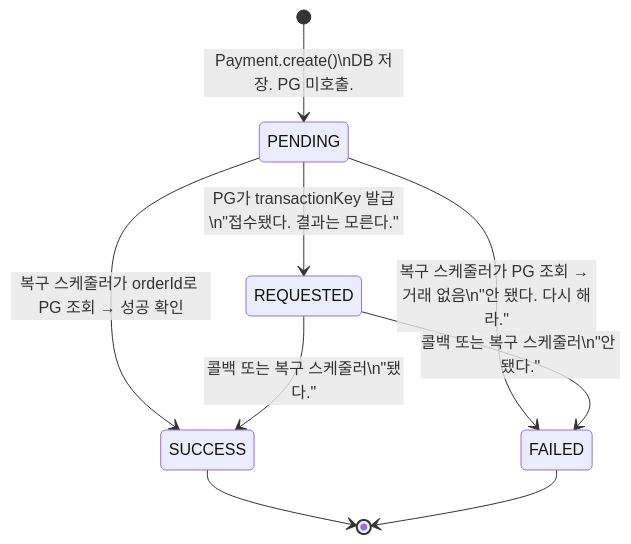
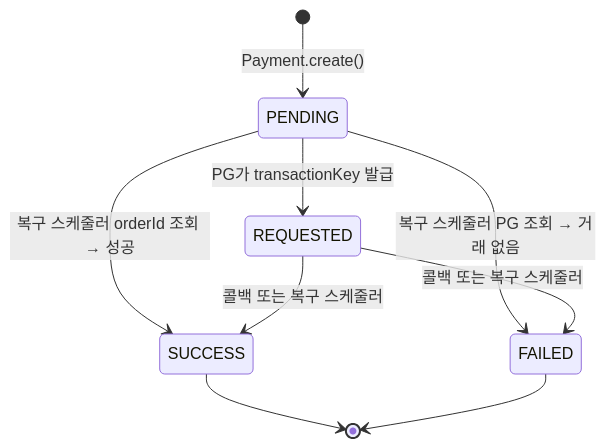
Before and after one commit to hyungkishin/hyungkishin.github.io: the tenth of 10 diagrams in contents/posts/roopers/technical-writing/round6/index.md, drawn with Mermaid. The commit also changed other lines of this file, not shown here.

Commit message:
fix: Round6 블로그 mermaid \n 깨짐 수정 및 내용 최신화
- stateDiagram-v2 transition label에서 \n 제거 (렌더링 깨짐)
- 서킷 분리(pgRequest/pgQuery), POST Retry 제거, CB 70% 반영
- AI 냄새나는 연결 문장 제거

````diff
--- a/contents/posts/roopers/technical-writing/round6/index.md
+++ b/contents/posts/roopers/technical-writing/round6/index.md
@@ -425,14 +420,14 @@
 ```mermaid
 stateDiagram-v2
-    [*] --> PENDING: Payment.create()\nDB 저장. PG 미호출.
+    [*] --> PENDING: Payment.create()
 
-    PENDING --> REQUESTED: PG가 transactionKey 발급\n"접수됐다. 결과는 모른다."
-    PENDING --> FAILED: 복구 스케줄러가 PG 조회 → 거래 없음\n"안 됐다. 다시 해라."
+    PENDING --> REQUESTED: PG가 transactionKey 발급
+    PENDING --> FAILED: 복구 스케줄러 PG 조회 → 거래 없음
+    PENDING --> SUCCESS: 복구 스케줄러 orderId 조회 → 성공
 
-    PENDING --> SUCCESS: 복구 스케줄러가 orderId로 PG 조회 → 성공 확인
-    REQUESTED --> SUCCESS: 콜백 또는 복구 스케줄러\n"됐다."
-    REQUESTED --> FAILED: 콜백 또는 복구 스케줄러\n"안 됐다."
+    REQUESTED --> SUCCESS: 콜백 또는 복구 스케줄러
+    REQUESTED --> FAILED: 콜백 또는 복구 스케줄러
 
     SUCCESS --> [*]
     FAILED --> [*]
 ```
````
